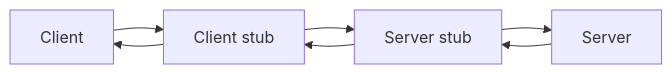
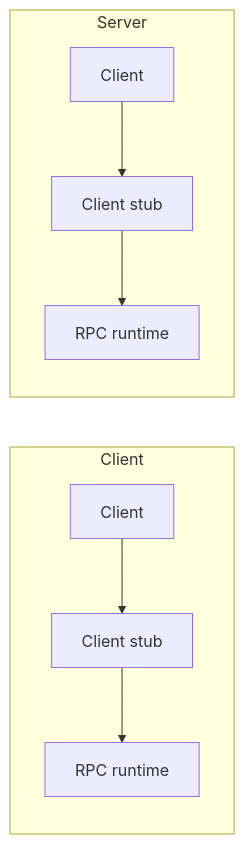
Before and after one commit to c0p4c4b4n4/grpc-grpc-java: the diagram in _raw/example1/images/RPC.mmd, drawn with Mermaid.

```diff
--- a/_raw/example1/images/RPC.mmd
+++ b/_raw/example1/images/RPC.mmd
@@ -1,5 +1,9 @@
-graph LR
-    A[Client] --> B[Client stub] --> C[Server stub]  --> D[Server]
-    D --> C
-    C --> B
-    B --> A
+flowchart LR
+    subgraph Client
+        direction TB
+        A1[Client] --> B1[Client stub] --> C1[RPC runtime]
+    end
+    subgraph Server
+        direction TB
+        A2[Client] --> B2[Client stub] --> C2[RPC runtime]
+    end
```
